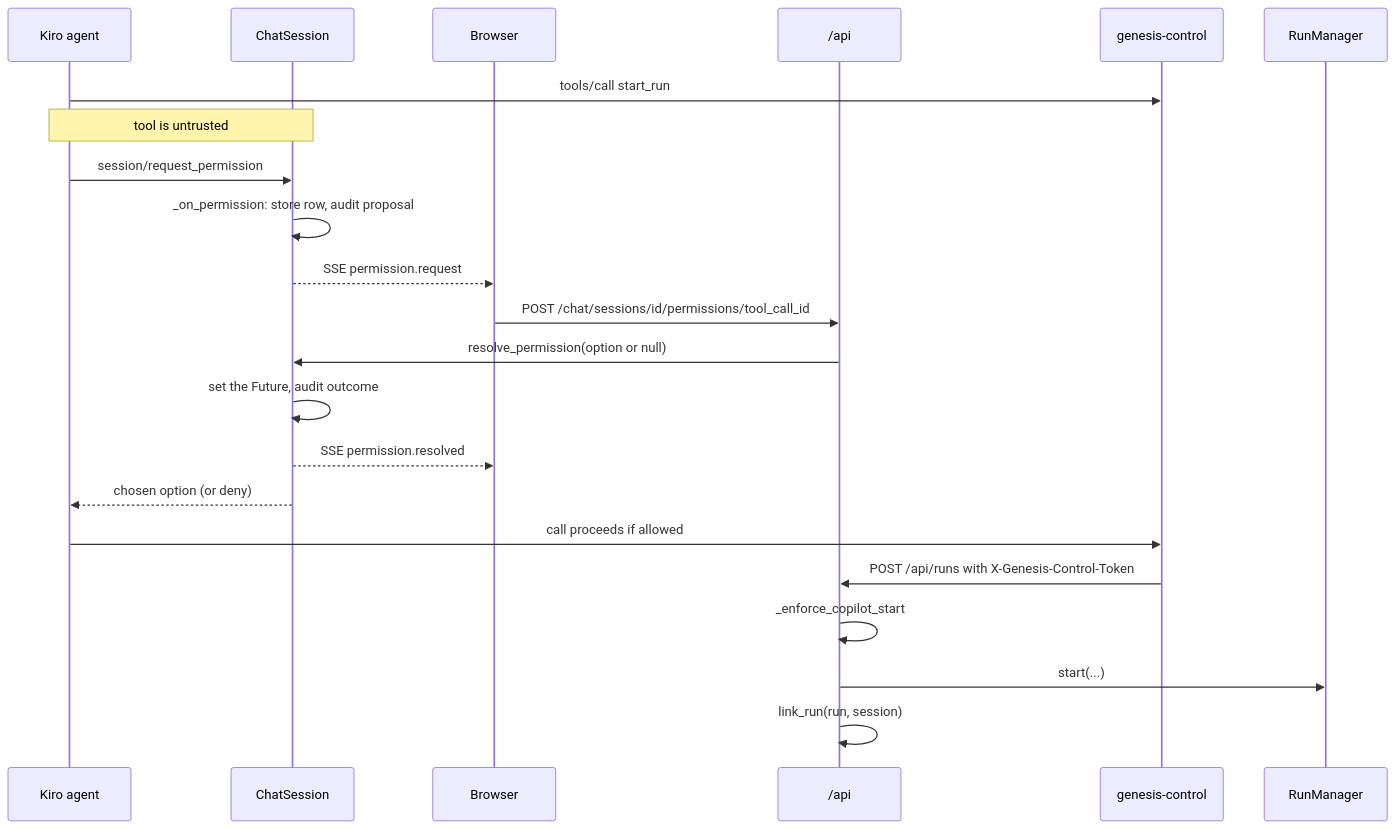
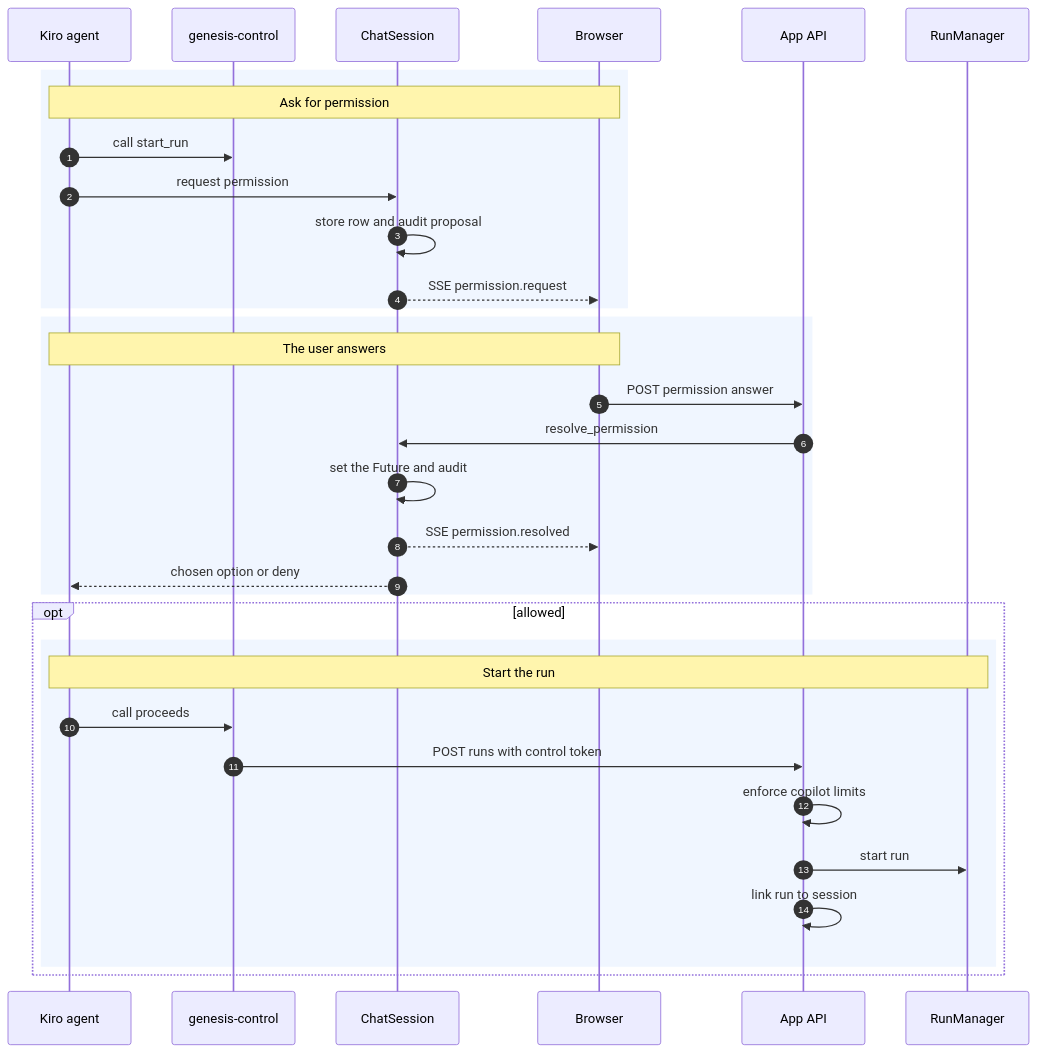
The fifth of 5 diagrams in genesis/architecture/modules/chat-and-skills.md (ram-020998/project-tracker), drawn with Mermaid before and after one commit. The commit also changed other lines of this file and 24 other files, not shown here.

First line of the commit message:
architecture: rewrite all 86 Mermaid diagrams to one C4 style, each render-checked

````diff
--- a/genesis/architecture/modules/chat-and-skills.md
+++ b/genesis/architecture/modules/chat-and-skills.md
@@ -258,24 +315,35 @@
 ```mermaid
 sequenceDiagram
+    autonumber
     participant A as Kiro agent
+    participant CS as genesis-control
     participant S as ChatSession
     participant B as Browser
-    participant API as /api
-    participant CS as genesis-control
+    participant API as App API
     participant RM as RunManager
-    A->>CS: tools/call start_run
-    Note over A,S: tool is untrusted
-    A->>S: session/request_permission
-    S->>S: _on_permission: store row, audit proposal
+    rect rgb(240, 246, 255)
+    Note over A,B: Ask for permission
+    A->>CS: call start_run
+    A->>S: request permission
+    S->>S: store row and audit proposal
     S-->>B: SSE permission.request
-    B->>API: POST /chat/sessions/id/permissions/tool_call_id
-    API->>S: resolve_permission(option or null)
-    S->>S: set the Future, audit outcome
+    end
+    rect rgb(240, 246, 255)
+    Note over B,A: The user answers
+    B->>API: POST permission answer
+    API->>S: resolve_permission
+    S->>S: set the Future and audit
     S-->>B: SSE permission.resolved
-    S-->>A: chosen option (or deny)
-    A->>CS: call proceeds if allowed
-    CS->>API: POST /api/runs with X-Genesis-Control-Token
-    API->>API: _enforce_copilot_start
-    API->>RM: start(...)
-    API->>API: link_run(run, session)
+    S-->>A: chosen option or deny
+    end
+    opt allowed
+        rect rgb(240, 246, 255)
+        Note over A,RM: Start the run
+        A->>CS: call proceeds
+        CS->>API: POST runs with control token
+        API->>API: enforce copilot limits
+        API->>RM: start run
+        API->>API: link run to session
+        end
+    end
 ```
````
